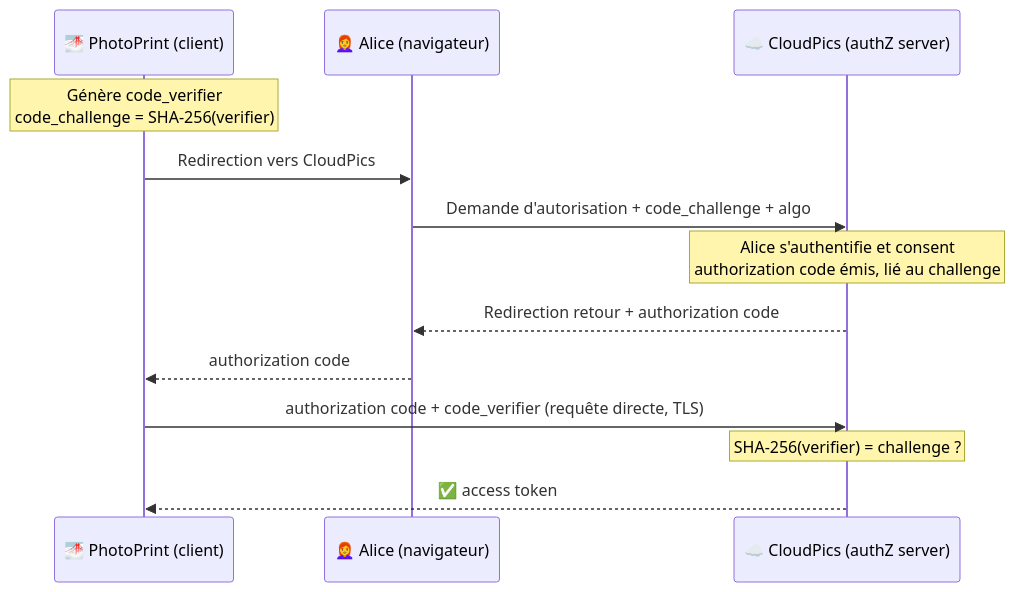
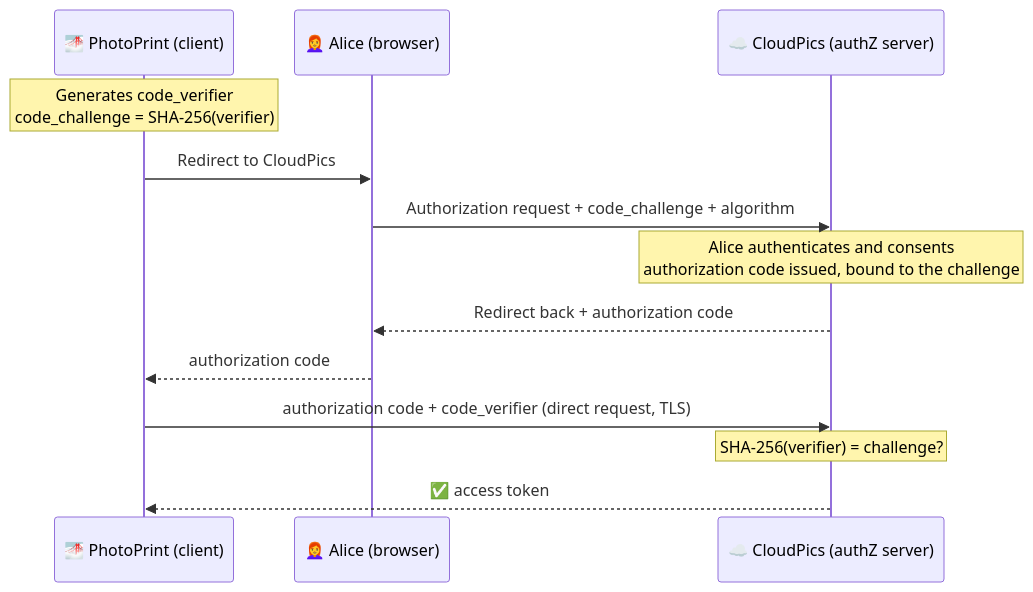
Before and after one commit to welcoMattic/api-secured-the-modern-way: the diagram in pages/authorization/definition.md, drawn with Mermaid. The commit also changed other lines of this file and 18 other files, not shown here.

````diff
--- a/pages/authorization/definition.md
+++ b/pages/authorization/definition.md
@@ -314,17 +314,17 @@
 ```mermaid
 %%{init: {"sequence": {"messageMargin": 16, "boxMargin": 4, "noteMargin": 4, "diagramMarginY": 0}}}%%
 sequenceDiagram
     participant P as 🌁 PhotoPrint (client)
-    participant A as 👩‍🦰 Alice (navigateur)
+    participant A as 👩‍🦰 Alice (browser)
     participant C as ☁️ CloudPics (authZ server)
 
-    Note over P: Génère code_verifier<br/>code_challenge = SHA-256(verifier)
-    P->>A: Redirection vers CloudPics
-    A->>C: Demande d'autorisation + code_challenge + algo
-    Note over C: Alice s'authentifie et consent<br/>authorization code émis, lié au challenge
-    C-->>A: Redirection retour + authorization code
+    Note over P: Generates code_verifier<br/>code_challenge = SHA-256(verifier)
+    P->>A: Redirect to CloudPics
+    A->>C: Authorization request + code_challenge + algorithm
+    Note over C: Alice authenticates and consents<br/>authorization code issued, bound to the challenge
+    C-->>A: Redirect back + authorization code
     A-->>P: authorization code
-    P->>C: authorization code + code_verifier (requête directe, TLS)
-    Note over C: SHA-256(verifier) = challenge ?
+    P->>C: authorization code + code_verifier (direct request, TLS)
+    Note over C: SHA-256(verifier) = challenge?
     C-->>P: ✅ access token
 ```
````
